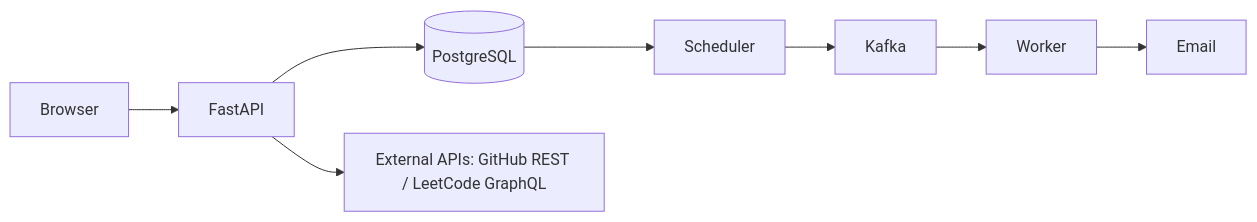
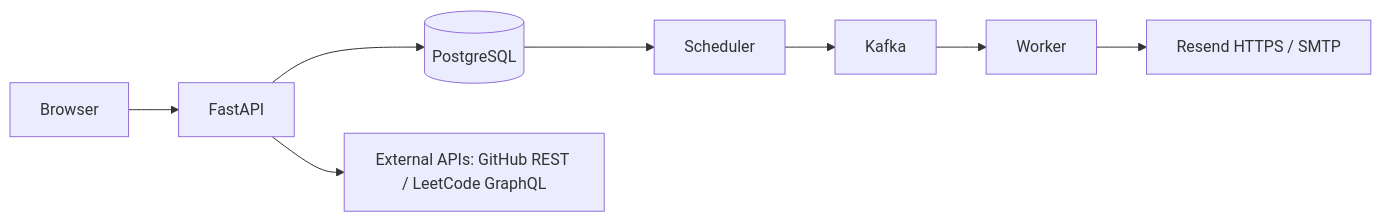
One commit to rajeev8008/Pace changed the diagram in README.md. Above: the diagram before and after it, drawn with Mermaid. The commit also changed other lines of this file and 17 other files, not shown here.

````diff
--- a/README.md
+++ b/README.md
@@ -37,10 +37,10 @@
 ```mermaid
 flowchart LR
     Browser --> API[FastAPI]
     API --> DB[(PostgreSQL)]
     API --> External[External APIs: GitHub REST / LeetCode GraphQL]
     DB --> Scheduler
     Scheduler --> Kafka
     Kafka --> Worker
-    Worker --> SMTP[Email]
+    Worker --> Email[Resend HTTPS / SMTP]
 ```
````
